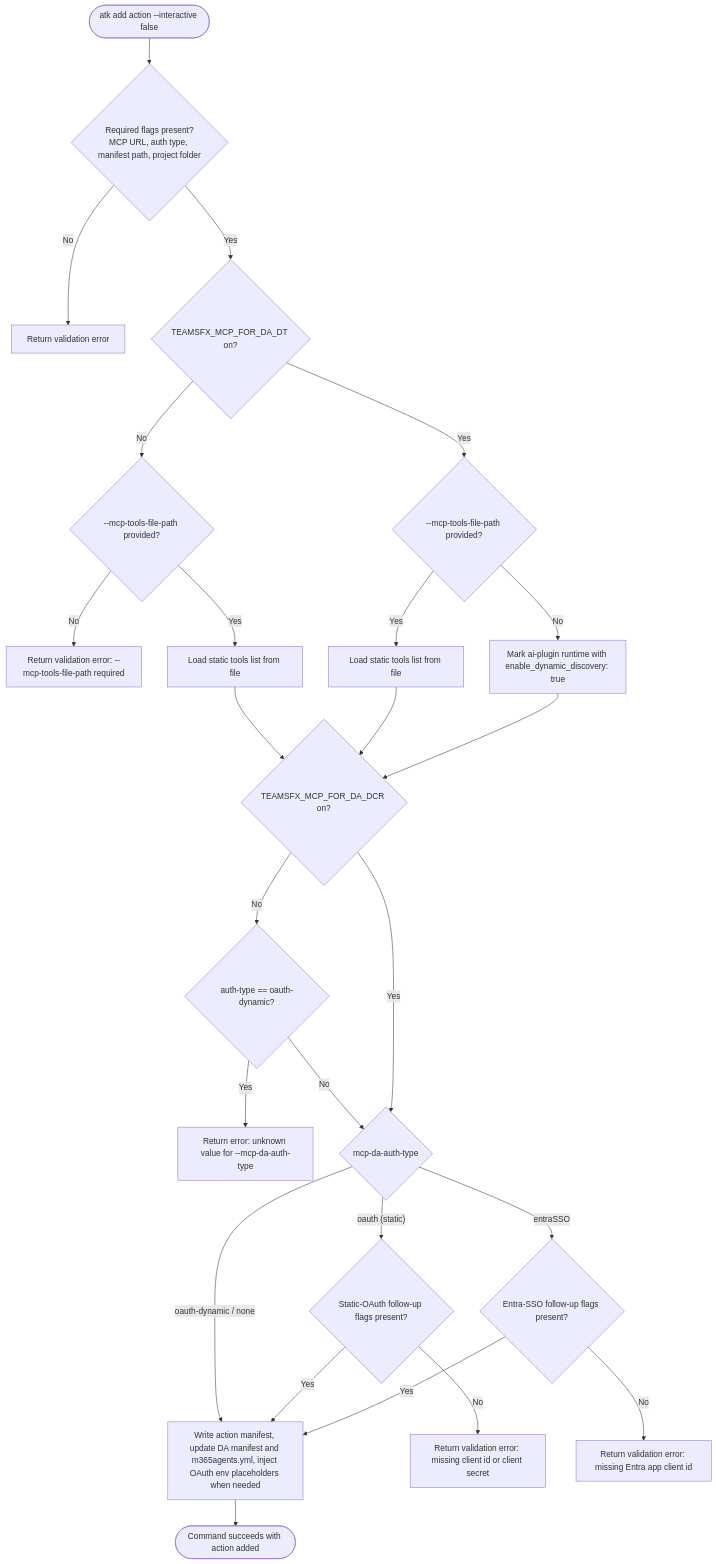
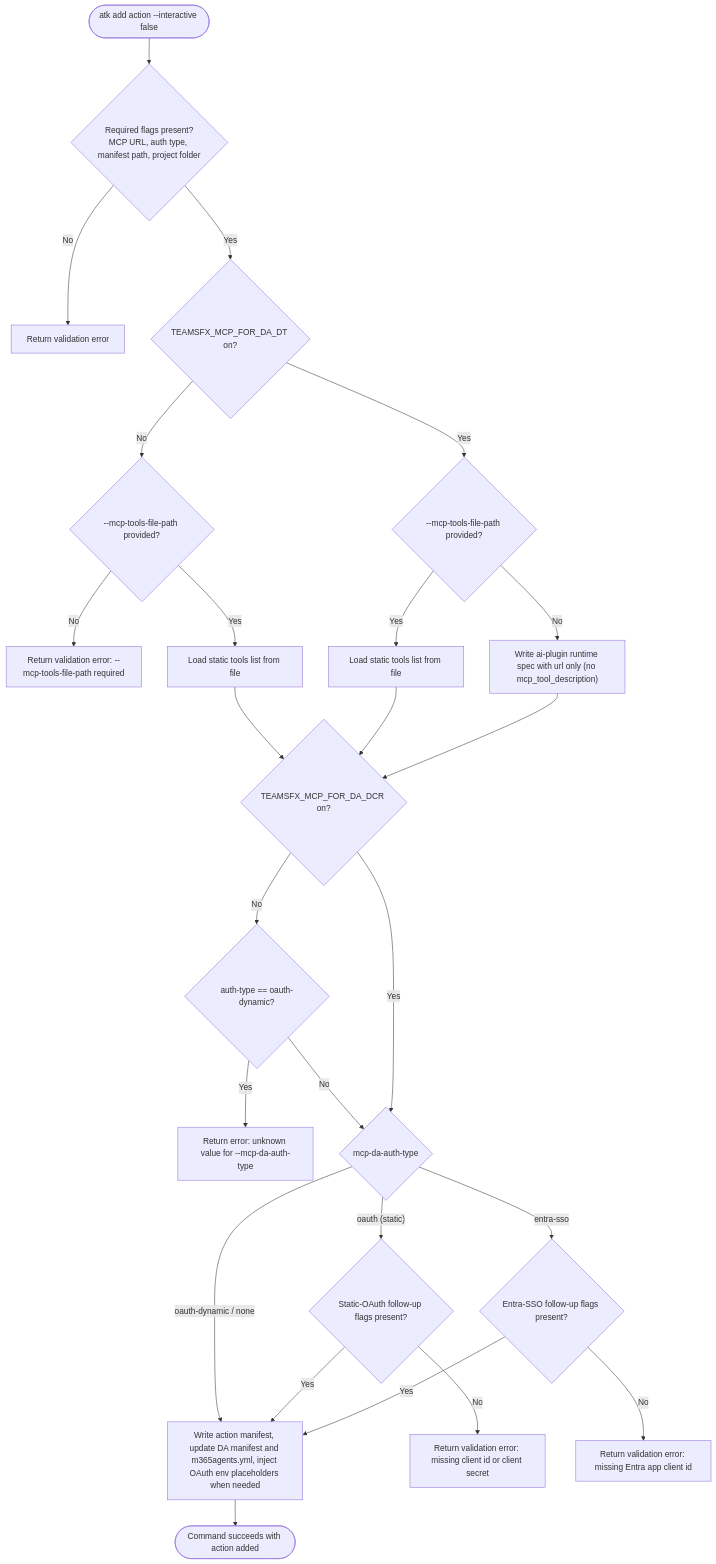
Before and after one commit to OfficeDev/microsoft-365-agents-toolkit: the third of 3 diagrams in docs/01-product/scenarios/da/draft/add-mcp-action-to-da.md, drawn with Mermaid. The commit also changed other lines of this file and 34 other files, not shown here.

First line of the commit message:
feat: flag-gated draft DA-with-MCP-server (Dynamic Tool Discovery) for VSC and CLI (#16144)

````diff
--- a/docs/01-product/scenarios/da/draft/add-mcp-action-to-da.md
+++ b/docs/01-product/scenarios/da/draft/add-mcp-action-to-da.md
@@ -135,25 +135,25 @@
 ```mermaid
 flowchart TD
   Start([atk add action --interactive false]) --> ValidateFlags{Required flags present?<br/>MCP URL, auth type, manifest path, project folder}
   ValidateFlags -- No --> MissingOption[Return validation error]
   ValidateFlags -- Yes --> DtGate{TEAMSFX_MCP_FOR_DA_DT on?}
   DtGate -- No --> RequireTools{--mcp-tools-file-path provided?}
   RequireTools -- No --> MissingTools["Return validation error: --mcp-tools-file-path required"]
   RequireTools -- Yes --> LoadStaticOff[Load static tools list from file] --> DcrGate
   DtGate -- Yes --> OptionalTools{--mcp-tools-file-path provided?}
   OptionalTools -- Yes --> LoadStaticOn[Load static tools list from file] --> DcrGate
-  OptionalTools -- No --> DtPath["Mark ai-plugin runtime with enable_dynamic_discovery: true"] --> DcrGate
+  OptionalTools -- No --> DtPath["Write ai-plugin runtime spec with url only (no mcp_tool_description)"] --> DcrGate
   DcrGate{TEAMSFX_MCP_FOR_DA_DCR on?}
   DcrGate -- No --> RejectDynamic{auth-type == oauth-dynamic?}
   RejectDynamic -- Yes --> UnknownValue["Return error: unknown value for --mcp-da-auth-type"]
   RejectDynamic -- No --> AuthSwitch
   DcrGate -- Yes --> AuthSwitch{mcp-da-auth-type}
   AuthSwitch -- "oauth-dynamic / none" --> WriteFiles
   AuthSwitch -- "oauth (static)" --> StaticFlags{Static-OAuth follow-up flags present?}
-  AuthSwitch -- entraSSO --> SsoFlags{Entra-SSO follow-up flags present?}
+  AuthSwitch -- entra-sso --> SsoFlags{Entra-SSO follow-up flags present?}
   StaticFlags -- No --> MissingStatic[Return validation error: missing client id or client secret]
   StaticFlags -- Yes --> WriteFiles
   SsoFlags -- No --> MissingSso[Return validation error: missing Entra app client id]
   SsoFlags -- Yes --> WriteFiles[Write action manifest, update DA manifest and m365agents.yml, inject OAuth env placeholders when needed]
   WriteFiles --> Complete([Command succeeds with action added])
 ```
````
